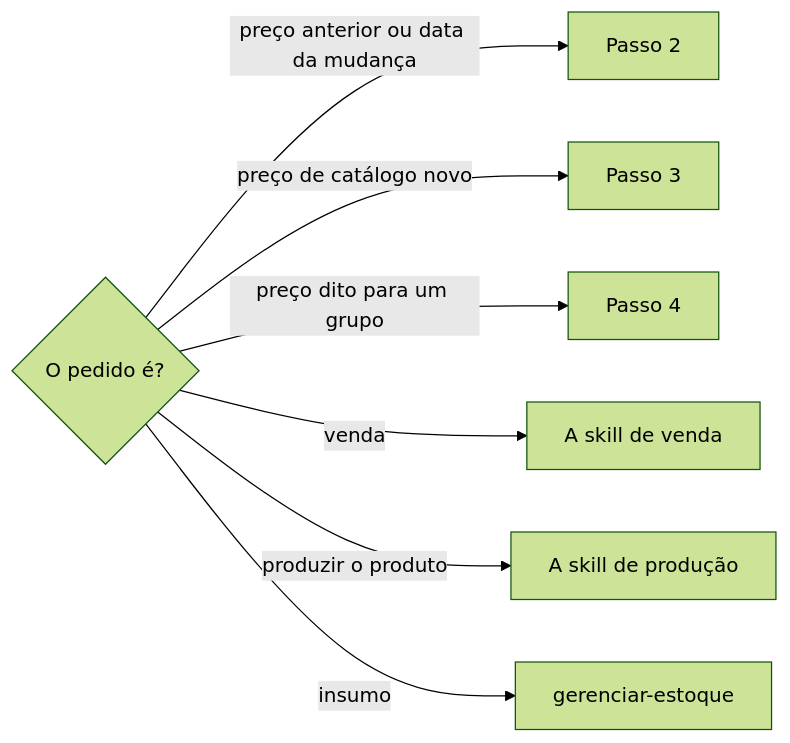
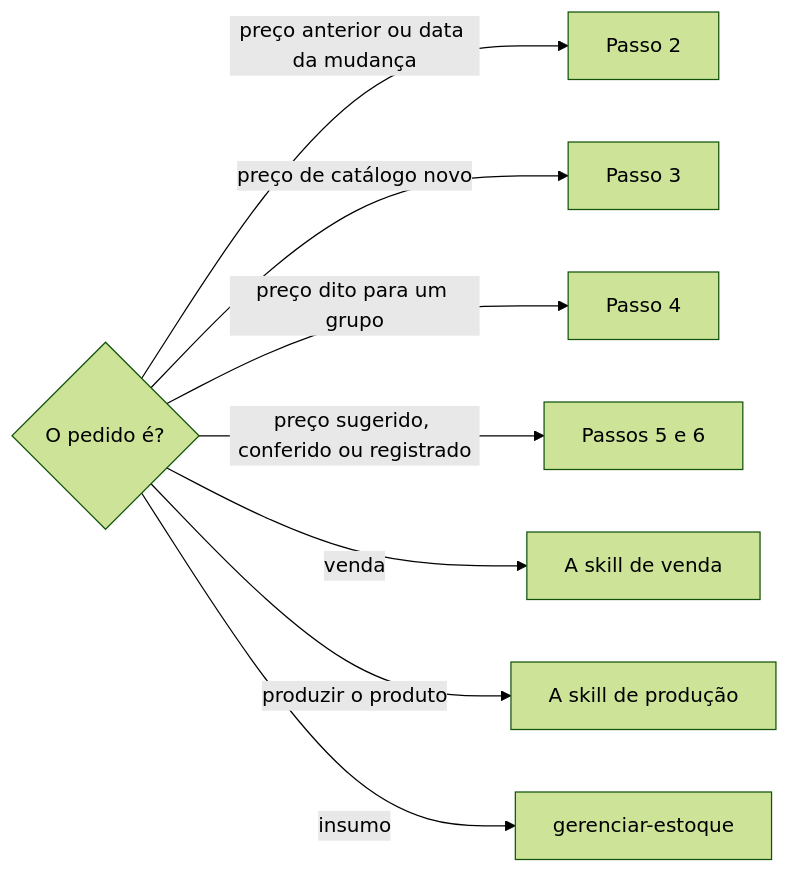
Before and after one commit to jimmyandrade/harness: the diagram in .agents/skills/registrar-preco-de-produto-fisico/SKILL.md, drawn with Mermaid (forest theme). The commit also changed other lines of this file and 1 other file, not shown here.

````diff
--- a/.agents/skills/registrar-preco-de-produto-fisico/SKILL.md
+++ b/.agents/skills/registrar-preco-de-produto-fisico/SKILL.md
@@ -46,9 +57,10 @@
 ```mermaid
 flowchart LR
   Q{O pedido é?} -->|preço anterior ou data da mudança| H[Passo 2]
   Q -->|preço de catálogo novo| R[Passo 3]
   Q -->|preço dito para um grupo| G[Passo 4]
+  Q -->|preço sugerido, conferido ou registrado| F[Passos 5 e 6]
   Q -->|venda| V[A skill de venda]
   Q -->|produzir o produto| P[A skill de produção]
   Q -->|insumo| E[gerenciar-estoque]
 ```
````
